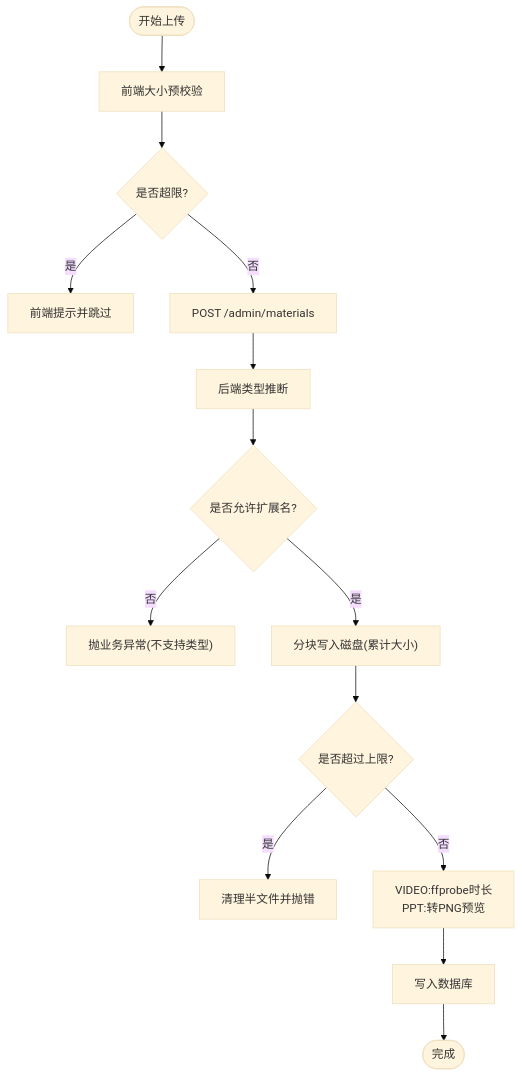
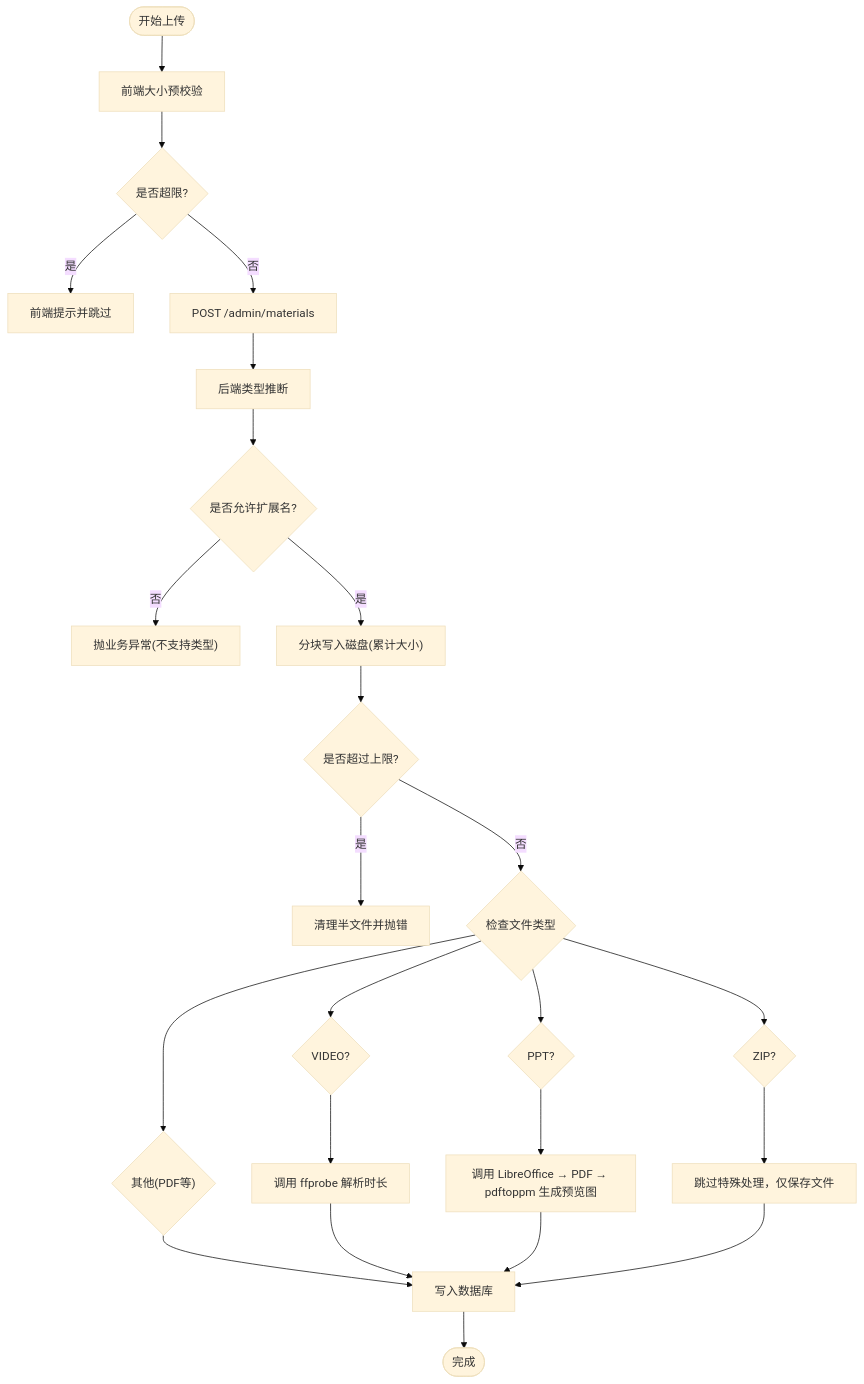
The third of 7 diagrams in .qoder/repowiki/zh/content/前端开发指南/页面开发/管理后台页面开发/素材管理页面.md (leo21cn/ai-learning-hub), drawn with Mermaid (base theme) before and after one commit. The commit also changed other lines of this file and 41 other files, not shown here.

````diff
--- a/.qoder/repowiki/zh/content/前端开发指南/页面开发/管理后台页面开发/素材管理页面.md
+++ b/.qoder/repowiki/zh/content/前端开发指南/页面开发/管理后台页面开发/素材管理页面.md
@@ -207,16 +241,26 @@
 ```mermaid
 flowchart TD
 Start(["开始上传"]) --> PreCheck["前端大小预校验"]
 PreCheck --> Valid{"是否超限?"}
 Valid --> |是| Reject["前端提示并跳过"]
 Valid --> |否| PostAPI["POST /admin/materials"]
 PostAPI --> InferType["后端类型推断"]
 InferType --> Allowed{"是否允许扩展名?"}
 Allowed --> |否| ErrExt["抛业务异常(不支持类型)"]
 Allowed --> |是| WriteFile["分块写入磁盘(累计大小)"]
 WriteFile --> SizeOK{"是否超过上限?"}
 SizeOK --> |是| Cleanup["清理半文件并抛错"]
-SizeOK --> |否| EnhanceMeta["VIDEO:ffprobe时长<br/>PPT:转PNG预览"]
-EnhanceMeta --> Persist["写入数据库"]
+SizeOK --> |否| CheckType{"检查文件类型"}
+CheckType --> VIDEO{"VIDEO?"}
+CheckType --> PPT{"PPT?"}
+CheckType --> ZIP{"ZIP?"}
+CheckType --> OTHER{"其他(PDF等)"}
+VIDEO --> EnhanceMeta["调用 ffprobe 解析时长"]
+PPT --> PPTProcess["调用 LibreOffice → PDF → pdftoppm 生成预览图"]
+ZIP --> SkipProcess["跳过特殊处理，仅保存文件"]
+OTHER --> Persist["写入数据库"]
+EnhanceMeta --> Persist
+PPTProcess --> Persist
+SkipProcess --> Persist
 Persist --> Done(["完成"])
 ```
````
